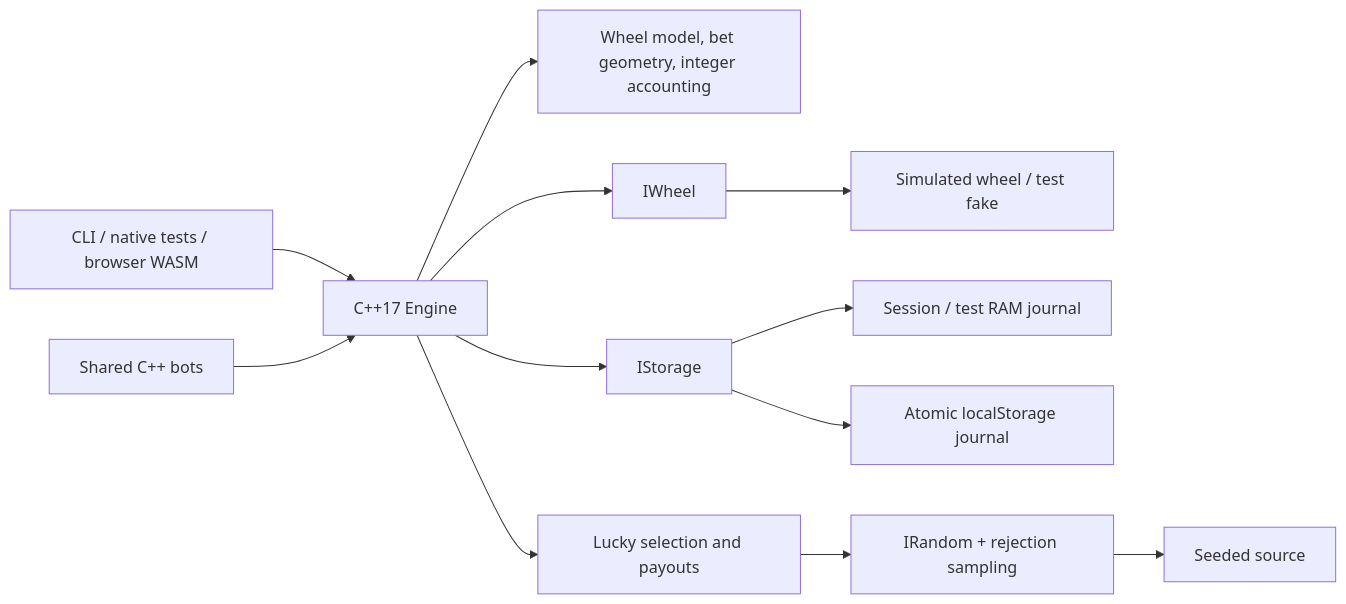
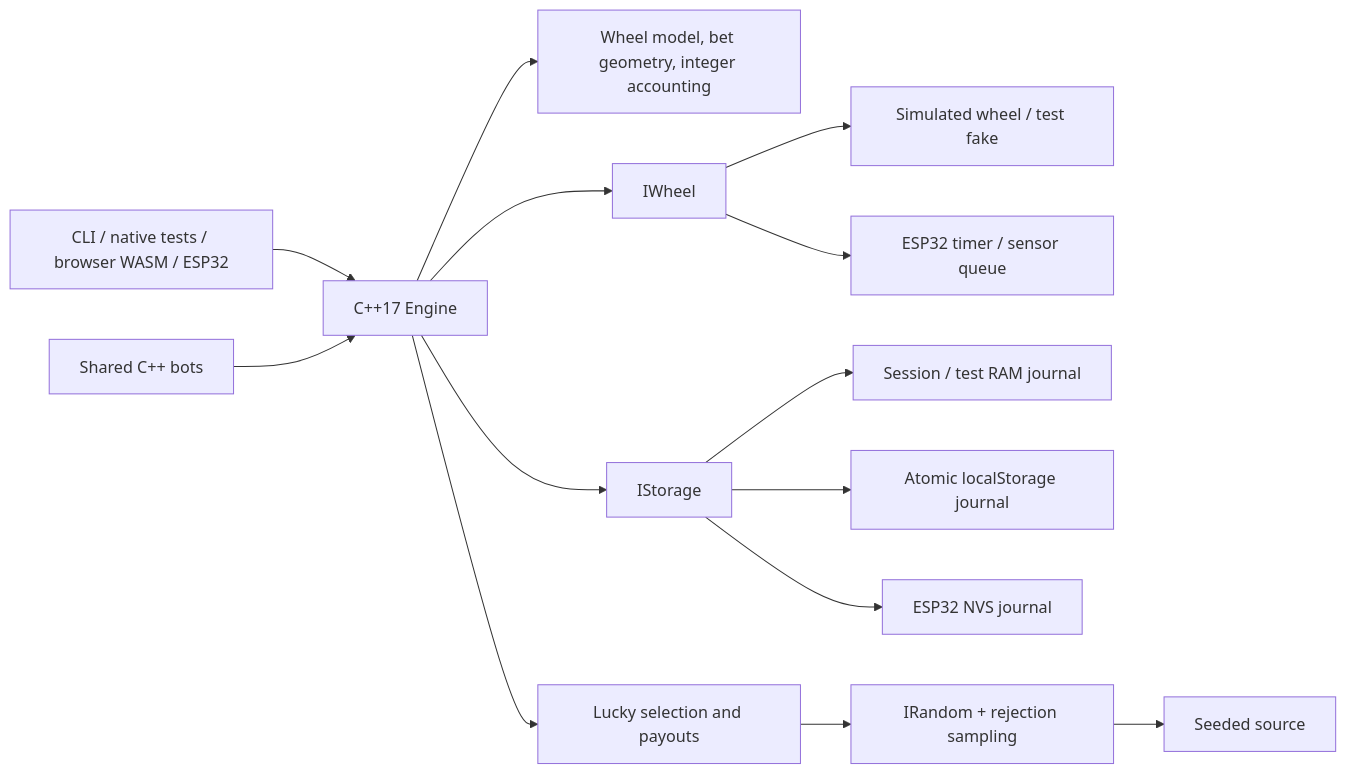
Before and after one commit to AEIOI-98/mini-etg-roulette: the diagram in README.md, drawn with Mermaid. The commit also changed other lines of this file and 3 other files, not shown here.

````diff
--- a/README.md
+++ b/README.md
@@ -145,14 +162,16 @@
 ```mermaid
 flowchart LR
-    Caller[CLI / native tests / browser WASM] --> Engine[C++17 Engine]
+    Caller[CLI / native tests / browser WASM / ESP32] --> Engine[C++17 Engine]
     Bots[Shared C++ bots] --> Engine
     Engine --> Rules[Wheel model, bet geometry, integer accounting]
     Engine --> Lucky[Lucky selection and payouts]
     Engine --> Wheel[IWheel]
     Engine --> Storage[IStorage]
     Wheel --> Fake[Simulated wheel / test fake]
+    Wheel --> Sensor[ESP32 timer / sensor queue]
     Storage --> Memory[Session / test RAM journal]
     Storage --> Browser[Atomic localStorage journal]
+    Storage --> NVS[ESP32 NVS journal]
     Lucky --> RNG[IRandom + rejection sampling]
     RNG --> TestRNG[Seeded source]
 ```
````
